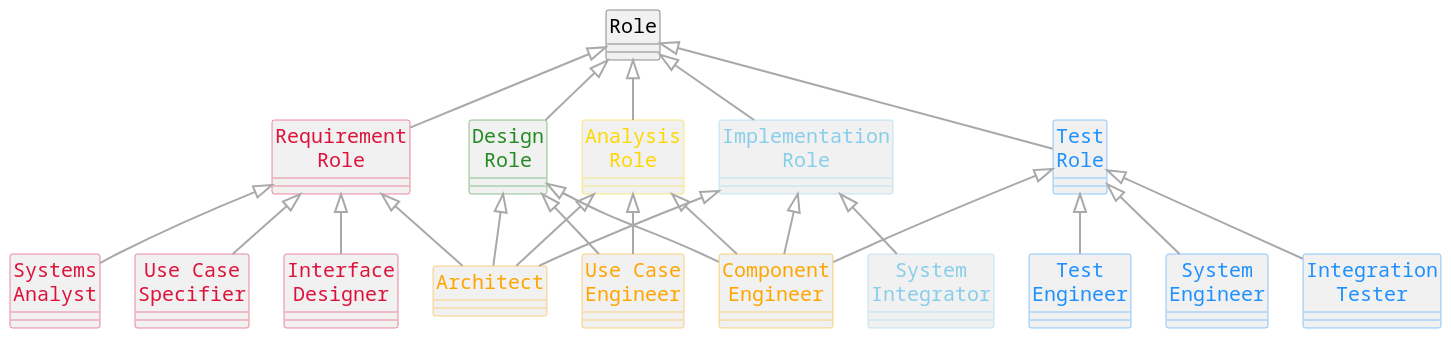
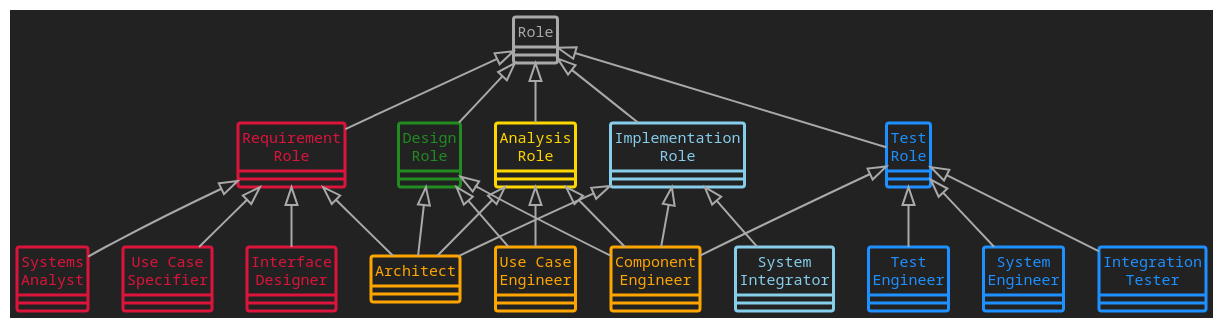
Before and after one commit to mmasias/23-24-idsw1: the diagram in modelosUML/RUProles.puml, drawn with PlantUML. The commit also changed 4 other files, not shown here.

```diff
--- a/modelosUML/RUProles.puml
+++ b/modelosUML/RUProles.puml
@@ -1,94 +1,109 @@
 ' Autor: Prof. Luis Fernandez
 
-hide circle
-hide stereotype
+skinparam backgroundColor #222222
+
+skinparam default {
+    FontSize 20
+    FontName courier
+    FontStyle normal
+    FontColor #white
+}
+
+skinparam shadowing false
+skinparam padding 1
+
+skinparam arrow {
+    Thickness 2
+    Color #DarkGrey
+    FontSize 20
+    FontName courier
+    FontStyle normal
+    FontColor #DarkGrey
+}
+
+skinparam class {
+    BorderThickness 3
+    BorderColor #DarkGrey
+    BackgroundColor #222222
+    FontSize 20
+    FontName courier
+    FontStyle bold
+    FontColor #DarkGrey
+}
 
 skinparam classAttribute {
     FontSize 15
     FontName courier
     FontStyle normal
     FontColor<<requirement>> #DC143C
     FontColor<<analysis>> #FFD700
     FontColor<<design>> #228B22
     FontColor<<implementation>> #87ceeb
     FontColor<<test>> #1E90FF
     FontColor<<several>> #ffa500
 }
+
+hide circle
+hide stereotype
 
 skinparam class {
     BorderColor<<requirement>> #DC143C
     BorderColor<<analysis>> #FFD700
     BorderColor<<design>> #228B22
     BorderColor<<implementation>> #87ceeb
     BorderColor<<test>> #1E90FF
     BorderColor<<several>> #ffa500
     FontColor<<requirement>> #DC143C
     FontColor<<analysis>> #FFD700
     FontColor<<design>> #228B22
     FontColor<<implementation>> #87ceeb
     FontColor<<test>> #1E90FF
     FontColor<<several>> #ffa500
-}
-
-skinparam arrow {
-    Thickness 2
-    Color #DarkGrey
-    FontSize 20
-    FontName courier
-    FontStyle normal
-    FontColor #DarkGrey
-}
-
-skinparam default {
-    FontSize 20
-    FontName courier
-    FontStyle normal
-    FontColor #black
 }
 
 
 class Role
 class RequirementRole as "Requirement\nRole" <<requirement>>
 class AnalysisRole as "Analysis\nRole" <<analysis>>
 class DesignRole as "Design\nRole" <<design>>
 class ImplementRole as "Implementation\nRole" <<implementation>>
 class TestRole as "Test\nRole" <<test>>
 
 class SystemsAnalyst as "Systems\nAnalyst" <<requirement>>
 class UseCaseSpecifier as "Use Case\nSpecifier" <<requirement>>
 class InterfaceDesigner as "Interface\nDesigner" <<requirement>>
 class UseCaseEngineer as "Use Case\nEngineer" <<several>>
 class Architect <<several>>
 class ComponentEngineer as "Component\nEngineer" <<several>>
 class SystemIntegrator as "System\nIntegrator" <<implementation>>
 class TestEngineer as "Test\nEngineer" <<test>>
 class SystemTester as "System\nEngineer" <<test>>
 class IntegrationTester as "Integration\nTester" <<test>>
 
 Role <|-- RequirementRole
 Role <|-- AnalysisRole
 Role <|-- DesignRole
 Role <|-- ImplementRole
 Role <|-- TestRole
 
 RequirementRole <|-- SystemsAnalyst
 RequirementRole <|-- UseCaseSpecifier
 RequirementRole <|-- Architect
 RequirementRole <|-- InterfaceDesigner
 
 AnalysisRole <|-- Architect
 AnalysisRole <|-- UseCaseEngineer
 AnalysisRole <|-- ComponentEngineer
 
 ImplementRole <|-- Architect
 ImplementRole <|-- SystemIntegrator
 ImplementRole <|-- ComponentEngineer
 
 TestRole <|-- TestEngineer
 TestRole <|-- SystemTester
 TestRole <|-- IntegrationTester
 TestRole <|-- ComponentEngineer
 
 DesignRole <|-- Architect
 DesignRole <|-- UseCaseEngineer
 DesignRole <|-- ComponentEngineer
```
